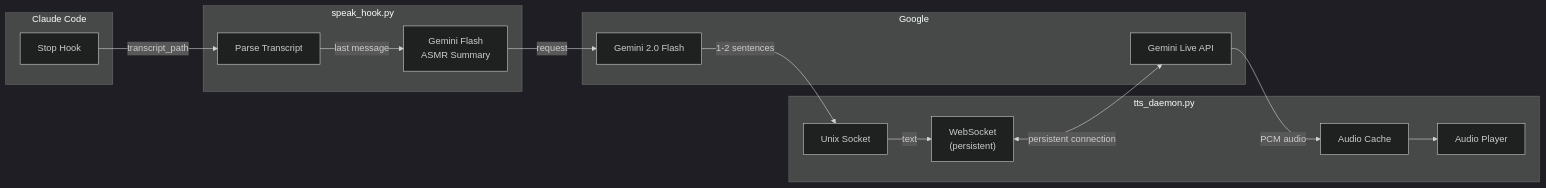
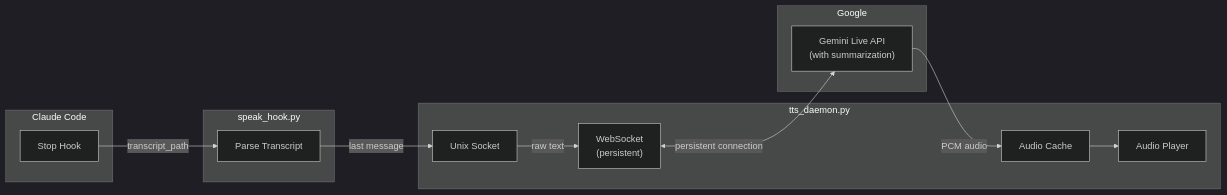
The diagram in README.md (serejaris/claude-code-tts), drawn with Mermaid (dark theme) before and after one commit. The commit also changed other lines of this file and 3 other files, not shown here.

````diff
--- a/README.md
+++ b/README.md
@@ -9,32 +9,28 @@
 ```mermaid
 flowchart LR
     subgraph "Claude Code"
         Hook["Stop Hook"]
     end
 
     subgraph "speak_hook.py"
         Parse["Parse Transcript"]
-        Summary["Gemini Flash<br/>ASMR Summary"]
     end
 
     subgraph "tts_daemon.py"
         Socket["Unix Socket"]
         WS["WebSocket<br/>(persistent)"]
         Cache["Audio Cache"]
         Player["Audio Player"]
     end
 
     subgraph "Google"
-        Flash["Gemini 2.0 Flash"]
-        Live["Gemini Live API"]
+        Live["Gemini Live API<br/>(with summarization)"]
     end
 
     Hook -->|transcript_path| Parse
-    Parse -->|last message| Summary
-    Summary -->|request| Flash
-    Flash -->|1-2 sentences| Socket
-    Socket -->|text| WS
+    Parse -->|last message| Socket
+    Socket -->|raw text| WS
     WS <-->|persistent connection| Live
     Live -->|PCM audio| Cache
     Cache --> Player
 ```
````
